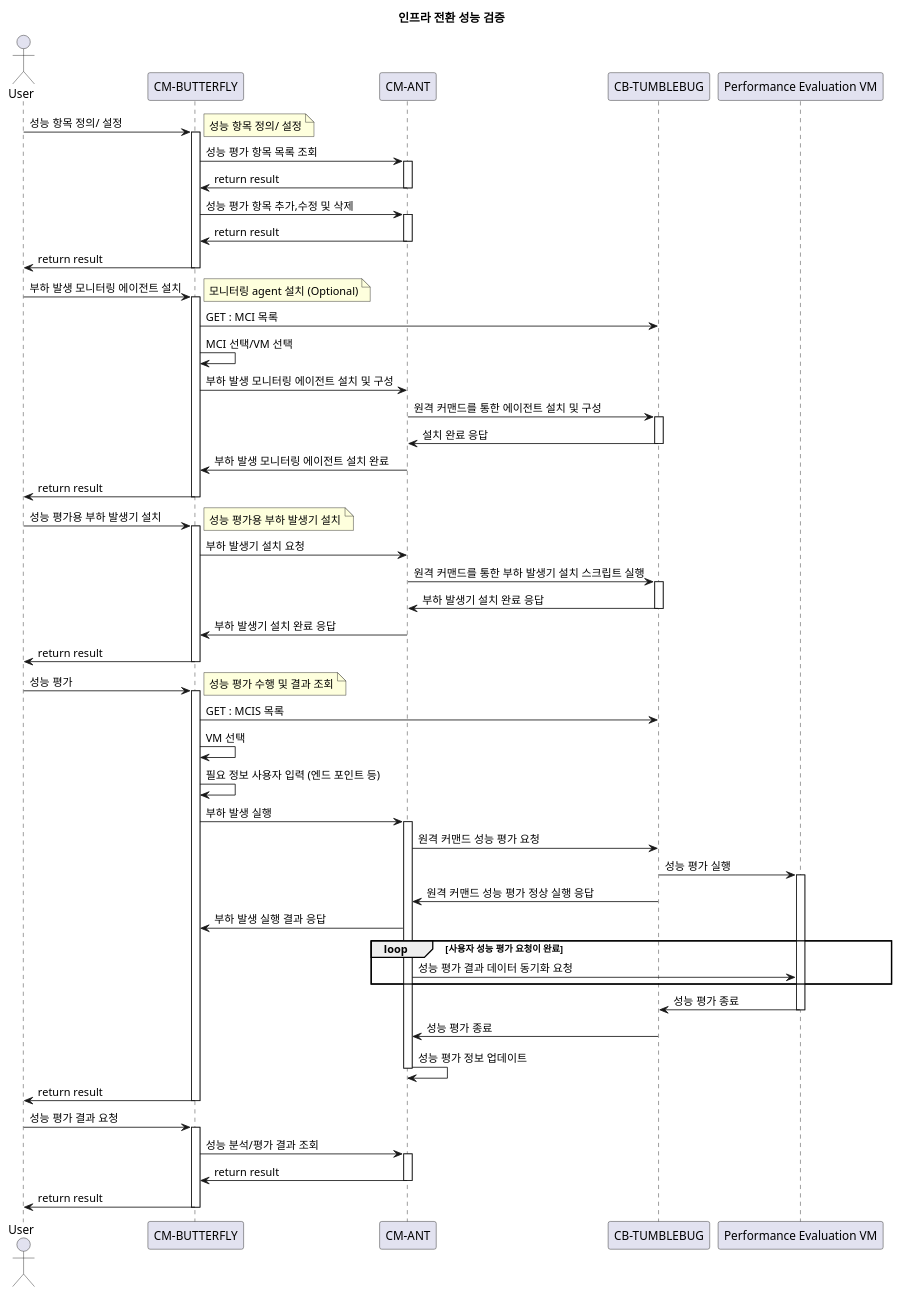
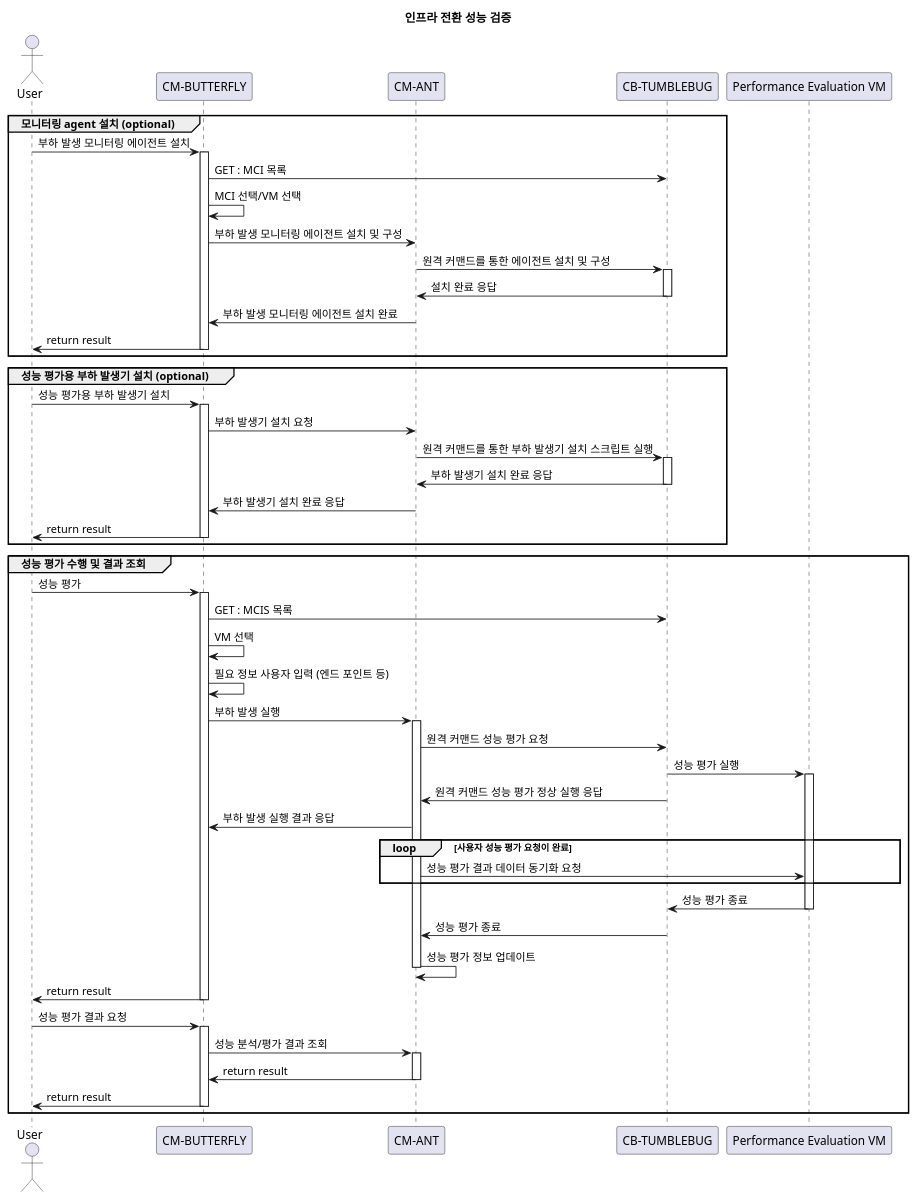
Before and after one commit to MZC-CSC/uml: the diagram in cmigrator/cm-ant/performanceEvaluation.plantUML, drawn with PlantUML. The commit also changed 2 other files, not shown here.

Commit message:
update perf and cost evaluation framework sequence flow

```diff
--- a/cmigrator/cm-ant/performanceEvaluation.plantUML
+++ b/cmigrator/cm-ant/performanceEvaluation.plantUML
@@ -1,76 +1,75 @@
 @startuml
 
 title "인프라 전환 성능 검증"
 actor User as EndUser
 
 participant "CM-BUTTERFLY" as butterfly
 participant "CM-ANT" as ant
 participant "CB-TUMBLEBUG" as tumblebug
 participant "Performance Evaluation VM" as pe
 
 
 
-EndUser     -> butterfly ++: 성능 항목 정의/ 설정
-note right
-    성능 항목 정의/ 설정
-end note
-    butterfly         -> ant ++: 성능 평가 항목 목록 조회
-    butterfly         <- ant --: return result
-    butterfly         -> ant ++: 성능 평가 항목 추가,수정 및 삭제
-    butterfly         <- ant --: return result
-EndUser        <- butterfly --: return result
+' EndUser     -> butterfly ++: 성능 항목 정의/ 설정
+' note right
+'     성능 항목 정의/ 설정
+' end note
+'     butterfly         -> ant ++: 성능 평가 항목 목록 조회
+'     butterfly         <- ant --: return result
+'     butterfly         -> ant ++: 성능 평가 항목 추가,수정 및 삭제
+'     butterfly         <- ant --: return result
+' EndUser        <- butterfly --: return result
 
 
-
+group 모니터링 agent 설치 (optional)
 EndUser         -> butterfly ++: 부하 발생 모니터링 에이전트 설치
-note right
-    모니터링 agent 설치 (Optional)
-end note
     butterfly       -> tumblebug : GET : MCI 목록
     butterfly       -> butterfly : MCI 선택/VM 선택
     butterfly       -> ant : 부하 발생 모니터링 에이전트 설치 및 구성
         ant         -> tumblebug ++: 원격 커맨드를 통한 에이전트 설치 및 구성
         ant         <- tumblebug --: 설치 완료 응답
     butterfly <- ant : 부하 발생 모니터링 에이전트 설치 완료
 EndUser        <- butterfly --: return result
+end
 
 
+
+group 성능 평가용 부하 발생기 설치 (optional)
 EndUser         -> butterfly ++: 성능 평가용 부하 발생기 설치
-note right
-    성능 평가용 부하 발생기 설치
-end note
     butterfly       -> ant : 부하 발생기 설치 요청
     ant -> tumblebug ++: 원격 커맨드를 통한 부하 발생기 설치 스크립트 실행
     ant <- tumblebug --: 부하 발생기 설치 완료 응답
     butterfly <- ant : 부하 발생기 설치 완료 응답
 EndUser        <- butterfly --: return result
+end
 
 
-    
+
+
+group 성능 평가 수행 및 결과 조회
 EndUser         -> butterfly ++: 성능 평가
-note right
-    성능 평가 수행 및 결과 조회
-end note
     butterfly         -> tumblebug : GET : MCIS 목록
     butterfly         -> butterfly : VM 선택
     butterfly         -> butterfly : 필요 정보 사용자 입력 (엔드 포인트 등)
     butterfly         -> ant ++: 부하 발생 실행
         ant           -> tumblebug : 원격 커맨드 성능 평가 요청
         tumblebug     -> pe ++: 성능 평가 실행
         ant           <- tumblebug : 원격 커맨드 성능 평가 정상 실행 응답
     butterfly         <- ant : 부하 발생 실행 결과 응답
 
     loop 사용자 성능 평가 요청이 완료
         ant           -> pe : 성능 평가 결과 데이터 동기화 요청
     end
         tumblebug     <- pe --: 성능 평가 종료  
         ant           <- tumblebug : 성능 평가 종료
         ant           -> ant --: 성능 평가 정보 업데이트
 EndUser        <- butterfly --: return result
 
 EndUser         -> butterfly ++: 성능 평가 결과 요청
     butterfly         -> ant ++: 성능 분석/평가 결과 조회
     butterfly         <- ant --: return result
 EndUser        <- butterfly --: return result
+end
+
 
 @enduml
```
